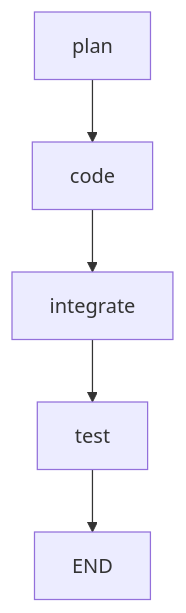
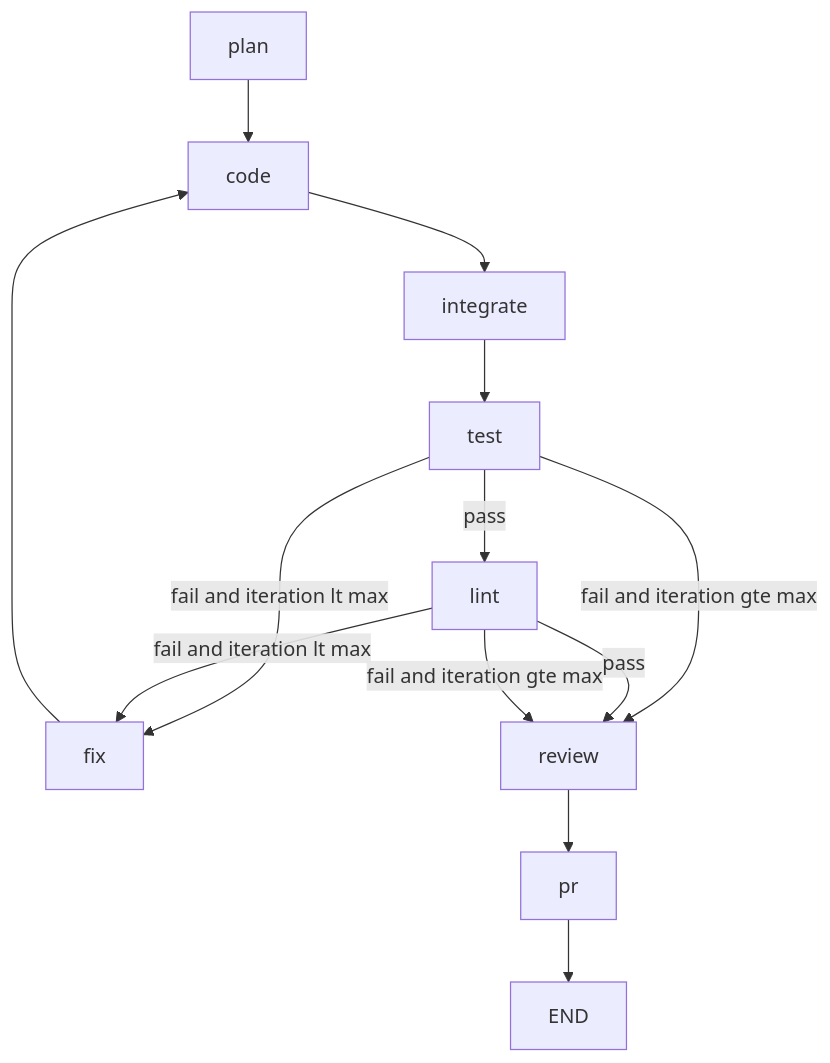
One commit to DarshanCode2005/Go-PR-Bot changed the second of 3 diagrams in docs/ARCHITECTURE.md. Above: the diagram before and after it, drawn with Mermaid. The commit also changed other lines of this file and 12 other files, not shown here.

````diff
--- a/docs/ARCHITECTURE.md
+++ b/docs/ARCHITECTURE.md
@@ -161,7 +161,15 @@
 ```mermaid
 flowchart TB
   plan --> code
   code --> integrate
   integrate --> test
-  test --> endNode["END"]
+  test -->|"fail and iteration lt max"| fix
+  test -->|pass| lint
+  test -->|"fail and iteration gte max"| review
+  lint -->|"fail and iteration lt max"| fix
+  lint -->|pass| review
+  lint -->|"fail and iteration gte max"| review
+  fix --> code
+  review --> pr
+  pr --> endNode["END"]
 ```
````
